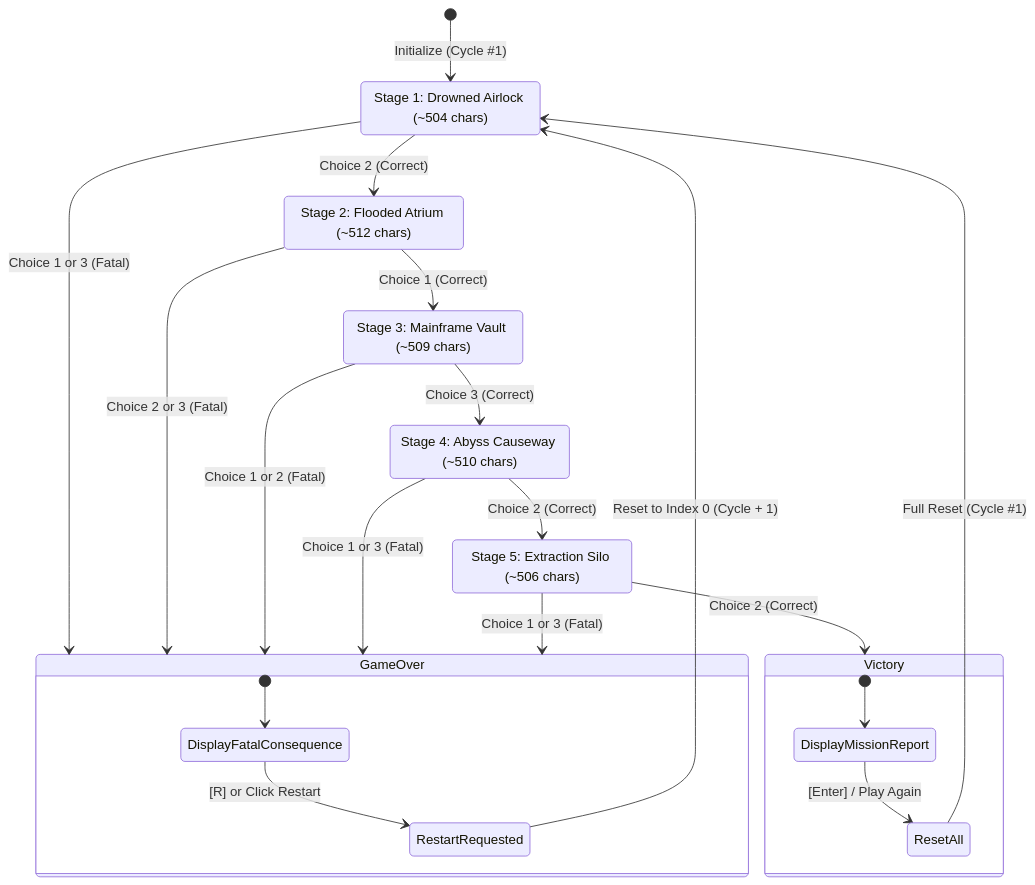
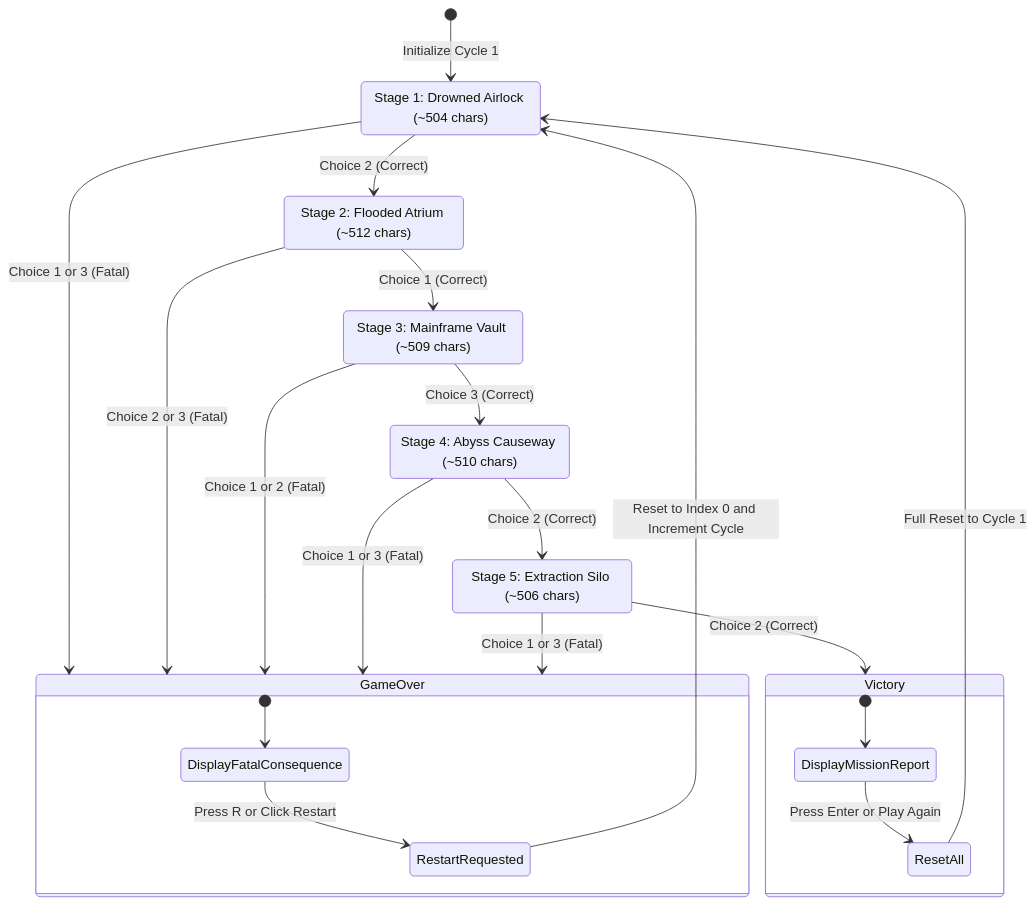
One commit to lucasdmendes/antigravity-cli-test changed the second of 3 diagrams in README.md. Above: the diagram before and after it, drawn with Mermaid. The commit also changed other lines of this file, not shown here.

Commit message:
Updated README.md to parse first diagram correctly

````diff
--- a/README.md
+++ b/README.md
@@ -55,38 +55,38 @@
 ```mermaid
 stateDiagram-v2
-    [*] --> Stage1: Initialize (Cycle #1)
+    [*] --> Stage1: Initialize Cycle 1
     
     state "Stage 1: Drowned Airlock (~504 chars)" as Stage1
     state "Stage 2: Flooded Atrium (~512 chars)" as Stage2
     state "Stage 3: Mainframe Vault (~509 chars)" as Stage3
     state "Stage 4: Abyss Causeway (~510 chars)" as Stage4
     state "Stage 5: Extraction Silo (~506 chars)" as Stage5
 
     Stage1 --> Stage2: Choice 2 (Correct)
     Stage1 --> GameOver: Choice 1 or 3 (Fatal)
 
     Stage2 --> Stage3: Choice 1 (Correct)
     Stage2 --> GameOver: Choice 2 or 3 (Fatal)
 
     Stage3 --> Stage4: Choice 3 (Correct)
     Stage3 --> GameOver: Choice 1 or 2 (Fatal)
 
     Stage4 --> Stage5: Choice 2 (Correct)
     Stage4 --> GameOver: Choice 1 or 3 (Fatal)
 
     Stage5 --> Victory: Choice 2 (Correct)
     Stage5 --> GameOver: Choice 1 or 3 (Fatal)
 
     state GameOver {
         [*] --> DisplayFatalConsequence
-        DisplayFatalConsequence --> RestartRequested: [R] or Click Restart
+        DisplayFatalConsequence --> RestartRequested: Press R or Click Restart
     }
 
     state Victory {
         [*] --> DisplayMissionReport
-        DisplayMissionReport --> ResetAll: [Enter] / Play Again
+        DisplayMissionReport --> ResetAll: Press Enter or Play Again
     }
 
-    RestartRequested --> Stage1: Reset to Index 0 (Cycle + 1)
-    ResetAll --> Stage1: Full Reset (Cycle #1)
+    RestartRequested --> Stage1: Reset to Index 0 and Increment Cycle
+    ResetAll --> Stage1: Full Reset to Cycle 1
 ```
````
